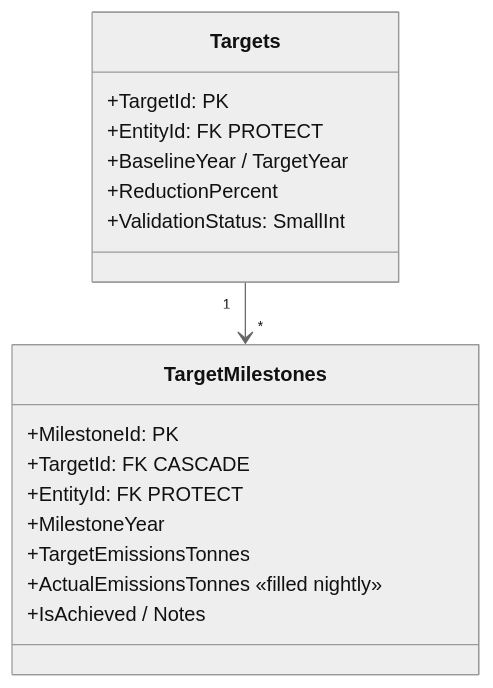
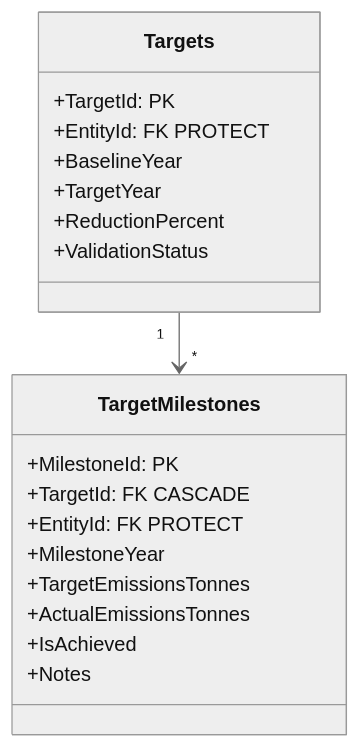
The fourth of 5 diagrams in docs/diagrams/uml/03-domain-ghg.md (Software-Lifecycle-Consultants/SusDevOS-Pro), drawn with Mermaid (neutral theme) before and after one commit. The commit also changed other lines of this file and 13 other files, not shown here.

First line of the commit message:
docs: update stories and diagrams for the inventory lifecycle

````diff
--- a/docs/diagrams/uml/03-domain-ghg.md
+++ b/docs/diagrams/uml/03-domain-ghg.md
@@ -149,20 +239,22 @@
 ```mermaid
 classDiagram
     class Targets {
         +TargetId: PK
         +EntityId: FK PROTECT
-        +BaselineYear / TargetYear
+        +BaselineYear
+        +TargetYear
         +ReductionPercent
-        +ValidationStatus: SmallInt
+        +ValidationStatus
     }
     class TargetMilestones {
         +MilestoneId: PK
         +TargetId: FK CASCADE
         +EntityId: FK PROTECT
         +MilestoneYear
         +TargetEmissionsTonnes
-        +ActualEmissionsTonnes «filled nightly»
-        +IsAchieved / Notes
+        +ActualEmissionsTonnes
+        +IsAchieved
+        +Notes
     }
     Targets "1" --> "*" TargetMilestones
 ```
````
